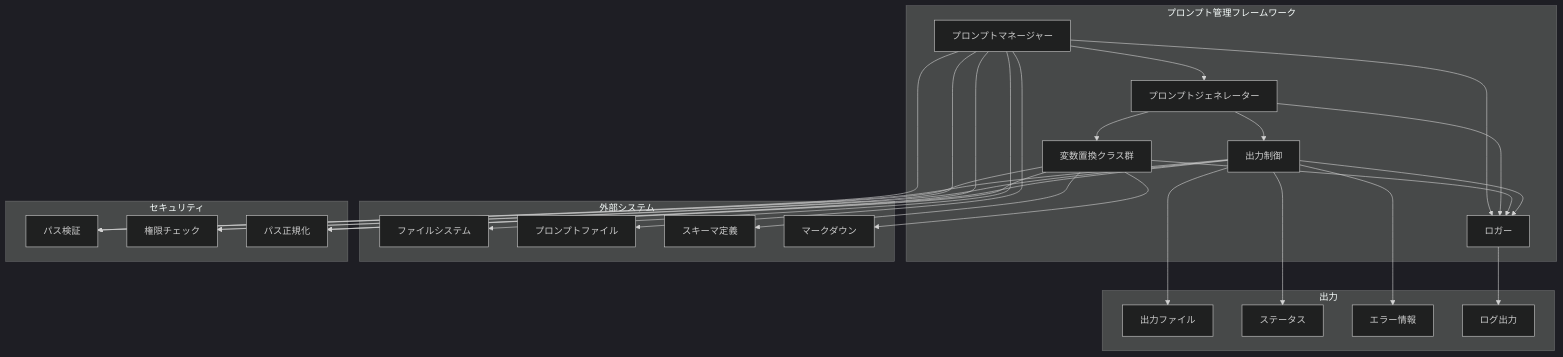
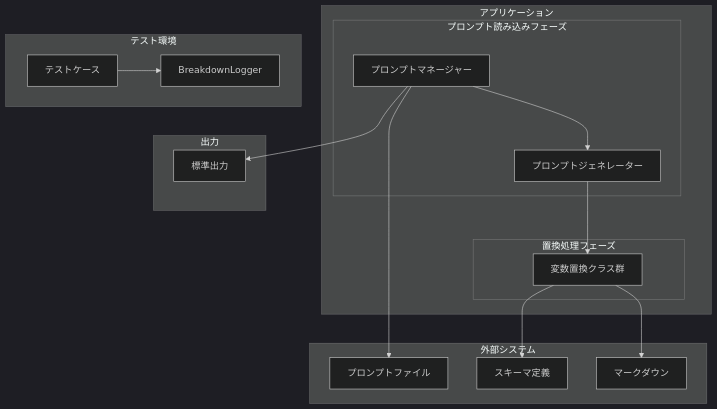
One commit to tettuan/breakdownprompt changed the diagram in docs/uml/component.md. Above: the diagram before and after it, drawn with Mermaid (dark theme). The commit also changed 11 other files, not shown here.

Commit message:
refactor: change output to stdout and update UML diagrams - Remove OutputController and move output responsibility to PromptManager - Update class, component, and sequence diagrams - Add writeToStdout method to PromptManager - Remove output-related parameters from PromptParams

````diff
--- a/docs/uml/component.md
+++ b/docs/uml/component.md
@@ -1,56 +1,37 @@
 ```mermaid
 graph TB
-    subgraph "プロンプト管理フレームワーク"
-        PM[プロンプトマネージャー]
-        PG[プロンプトジェネレーター]
-        VR[変数置換クラス群]
-        OC[出力制御]
-        LG[ロガー]
+    subgraph "アプリケーション"
+        subgraph "プロンプト読み込みフェーズ"
+            PM[プロンプトマネージャー]
+            PG[プロンプトジェネレーター]
+        end
+
+        subgraph "置換処理フェーズ"
+            VR[変数置換クラス群]
+        end
     end
 
     subgraph "外部システム"
-        FS[ファイルシステム]
         PF[プロンプトファイル]
         SC[スキーマ定義]
         MD[マークダウン]
     end
 
     subgraph "出力"
-        OP[出力ファイル]
-        ST[ステータス]
-        ER[エラー情報]
-        LOG[ログ出力]
-    end
-
-    subgraph "セキュリティ"
-        PA[パス検証]
-        PC[権限チェック]
-        PS[パス正規化]
+        ST[標準出力]
     end
 
     PM --> PG
     PG --> VR
-    PG --> OC
-    PM --> FS
     PM --> PF
     VR --> SC
     VR --> MD
-    OC --> OP
-    OC --> ST
-    OC --> ER
-    
-    PM --> LG
-    PG --> LG
-    VR --> LG
-    OC --> LG
-    LG --> LOG
-    
-    PM --> PA
-    PM --> PC
-    PM --> PS
-    OC --> PA
-    OC --> PC
-    OC --> PS
-    VR --> PA
-    VR --> PS
+    PM --> ST
+
+    subgraph "テスト環境"
+        BL[BreakdownLogger]
+        TST[テストケース]
+    end
+
+    TST --> BL
 ```
````
